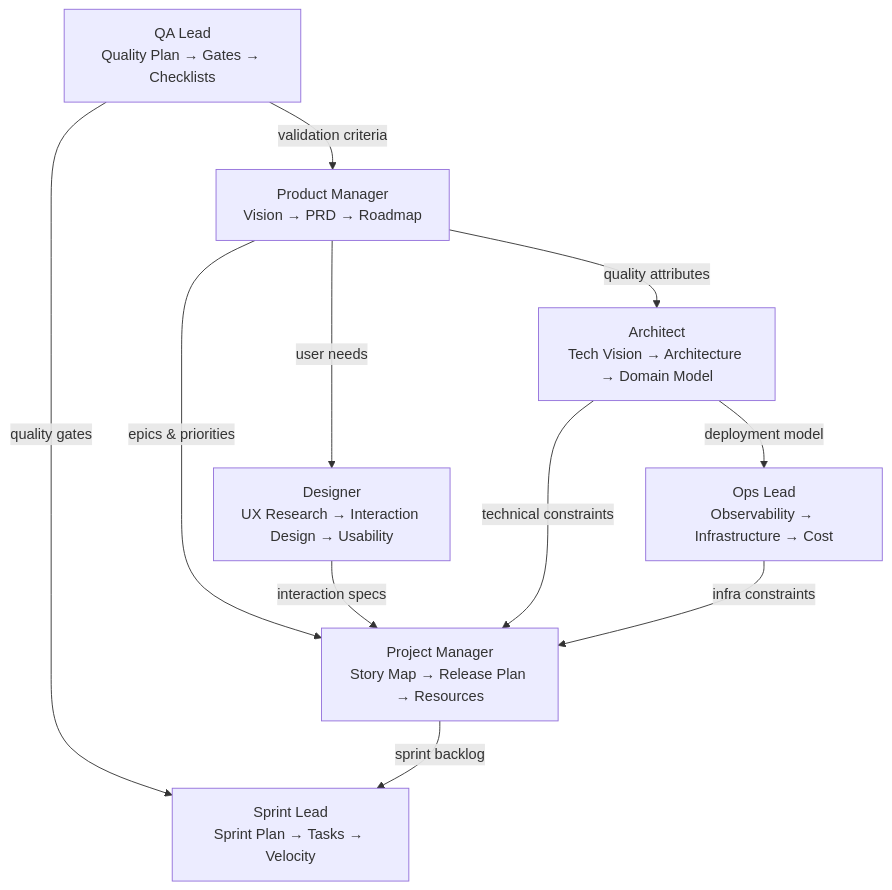
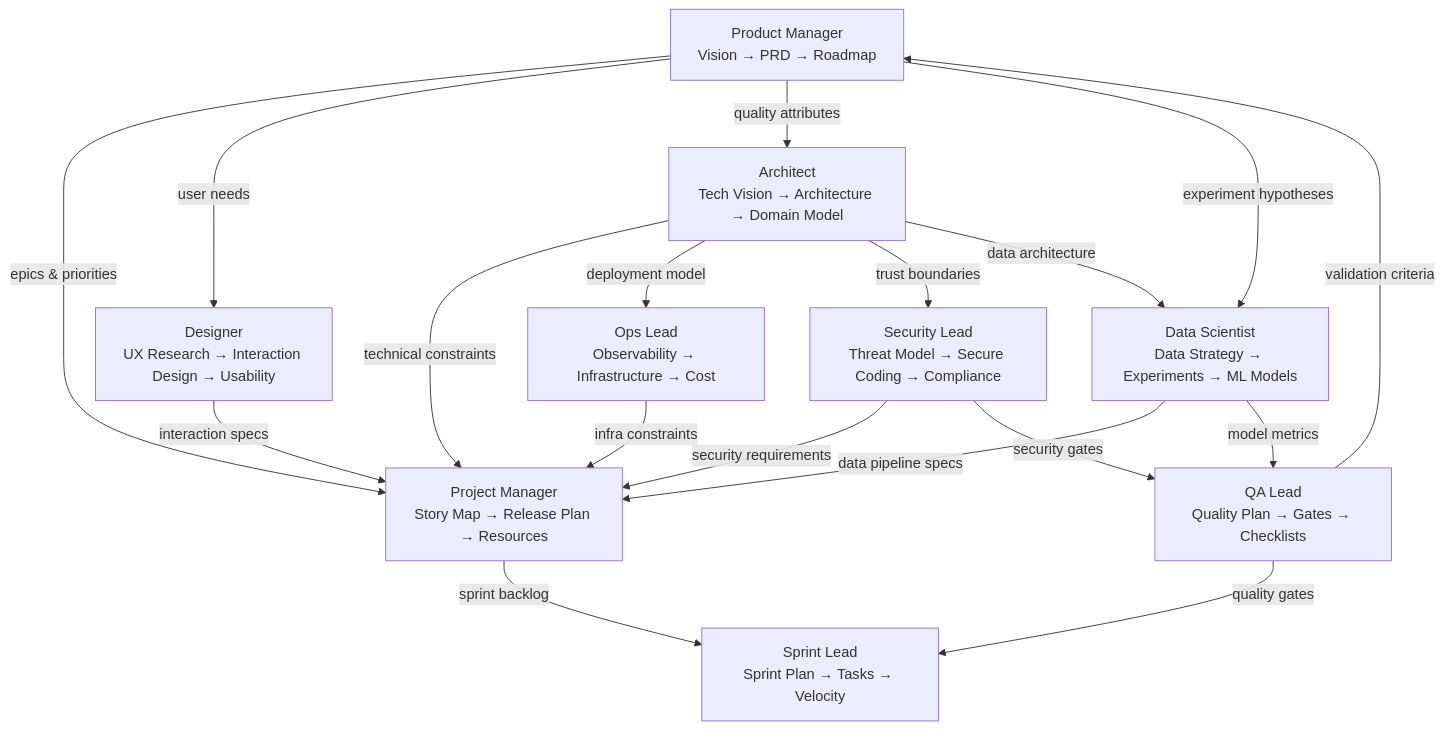
One commit to edlovesjava/horse-sense changed the diagram in docs/spikes/SPIKE-006-leadership-team-views.md. Above: the diagram before and after it, drawn with Mermaid. The commit also changed other lines of this file and 26 other files, not shown here.

````diff
--- a/docs/spikes/SPIKE-006-leadership-team-views.md
+++ b/docs/spikes/SPIKE-006-leadership-team-views.md
@@ -147,21 +177,30 @@
 ```mermaid
 flowchart TD
     PM["Product Manager\nVision → PRD → Roadmap"]
     AR["Architect\nTech Vision → Architecture → Domain Model"]
     DES["Designer\nUX Research → Interaction Design → Usability"]
     PJM["Project Manager\nStory Map → Release Plan → Resources"]
     QA["QA Lead\nQuality Plan → Gates → Checklists"]
     OPS["Ops Lead\nObservability → Infrastructure → Cost"]
+    SEC["Security Lead\nThreat Model → Secure Coding → Compliance"]
+    DS["Data Scientist\nData Strategy → Experiments → ML Models"]
     SPR["Sprint Lead\nSprint Plan → Tasks → Velocity"]
 
     PM -->|epics & priorities| PJM
     PM -->|user needs| DES
     PM -->|quality attributes| AR
+    PM -->|experiment hypotheses| DS
     AR -->|technical constraints| PJM
     AR -->|deployment model| OPS
+    AR -->|trust boundaries| SEC
+    AR -->|data architecture| DS
     DES -->|interaction specs| PJM
+    SEC -->|security requirements| PJM
+    SEC -->|security gates| QA
+    DS -->|data pipeline specs| PJM
+    DS -->|model metrics| QA
     PJM -->|sprint backlog| SPR
     QA -->|quality gates| SPR
     OPS -->|infra constraints| PJM
     QA -->|validation criteria| PM
 ```
````
